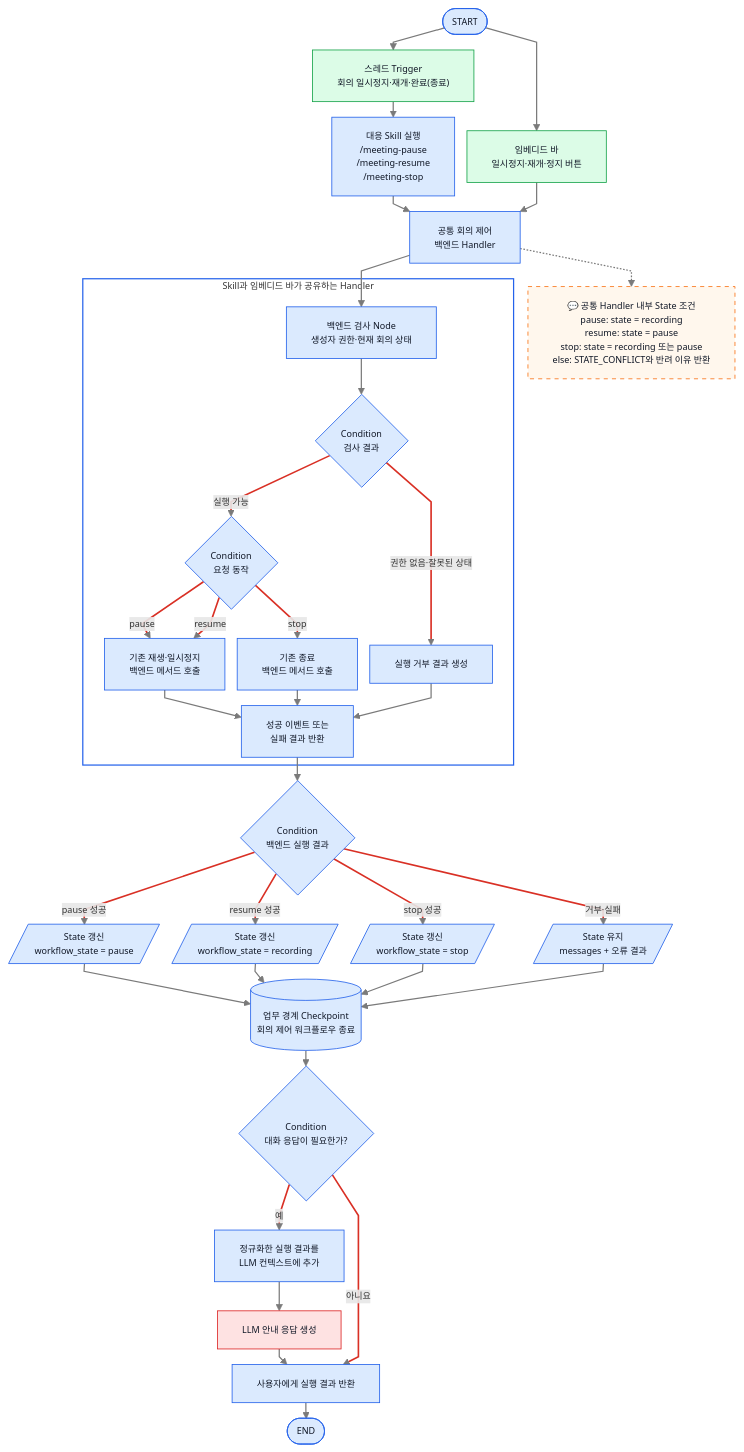
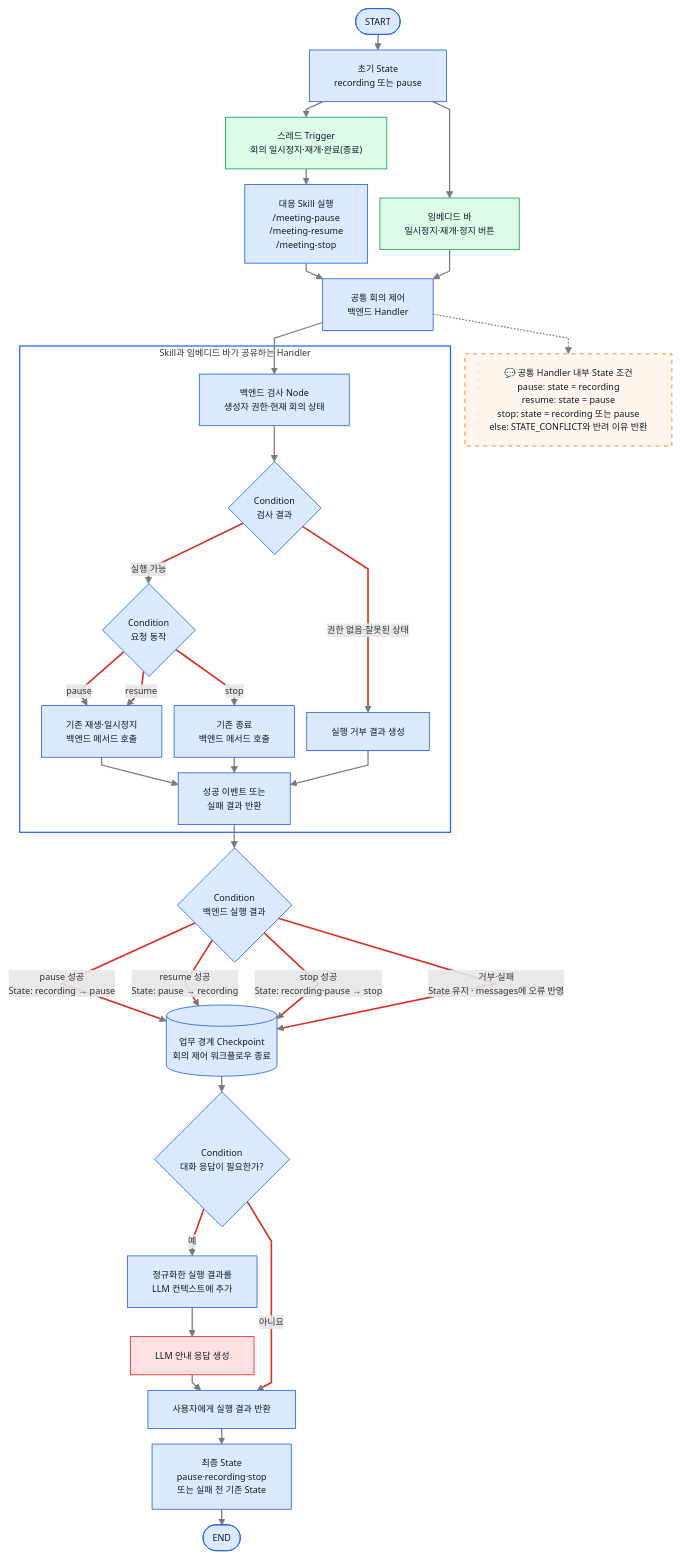
One commit to ericyum/Obsidian changed the sixth of 11 diagrams in ZENAI/에이전트 설계/회의록 에이전트 설계/1. 회의록 에이전트 워크플로우 graph 정의.md. Above: the diagram before and after it, drawn with Mermaid. The commit also changed other lines of this file and 6 other files, not shown here.

````diff
--- a/ZENAI/에이전트 설계/회의록 에이전트 설계/1. 회의록 에이전트 워크플로우 graph 정의.md
+++ b/ZENAI/에이전트 설계/회의록 에이전트 설계/1. 회의록 에이전트 워크플로우 graph 정의.md
@@ -201,55 +242,55 @@
 ```mermaid
 %%{init: {"flowchart": {"useMaxWidth": true, "nodeSpacing": 15, "rankSpacing": 19, "curve": "linear"}, "themeVariables": {"fontSize": "11px"}}}%%
 flowchart TB
-    S(["START"]) --> U["스레드 Trigger<br/>회의 일시정지·재개·완료(종료)"]
-    S --> UI["임베디드 바<br/>일시정지·재개·정지 버튼"]
+    S(["START"]) --> IS["초기 State<br/>recording 또는 pause"]
+    IS --> U["스레드 Trigger<br/>회의 일시정지·재개·완료(종료)"]
+    IS --> UI["임베디드 바<br/>일시정지·재개·정지 버튼"]
     U --> SK["대응 Skill 실행<br/>/meeting-pause<br/>/meeting-resume<br/>/meeting-stop"]
     SK --> HD["공통 회의 제어<br/>백엔드 Handler"]
     UI --> HD
     subgraph HANDLER["Skill과 임베디드 바가 공유하는 Handler"]
         V["백엔드 검사 Node<br/>생성자 권한·현재 회의 상태"]
         VC{"Condition<br/>검사 결과"}
         AC{"Condition<br/>요청 동작"}
         PM["기존 재생·일시정지<br/>백엔드 메서드 호출"]
         EM["기존 종료<br/>백엔드 메서드 호출"]
         DN["실행 거부 결과 생성"]
         EV["성공 이벤트 또는<br/>실패 결과 반환"]
     end
     HD --> V
     V --> VC
     VC -->|"실행 가능"| AC
     VC -->|"권한 없음·잘못된 상태"| DN
     AC -->|"pause"| PM
     AC -->|"resume"| PM
     AC -->|"stop"| EM
     PM --> EV
     EM --> EV
     DN --> EV
     EV --> RC{"Condition<br/>백엔드 실행 결과"}
-    RC -->|"pause 성공"| SP[/"State 갱신<br/>workflow_state = pause"/]
-    RC -->|"resume 성공"| SR[/"State 갱신<br/>workflow_state = recording"/]
-    RC -->|"stop 성공"| SE[/"State 갱신<br/>workflow_state = stop"/]
-    RC -->|"거부·실패"| KEEP[/"State 유지<br/>messages + 오류 결과"/]
-    SP --> CP[("업무 경계 Checkpoint<br/>회의 제어 워크플로우 종료")]
-    SR --> CP
-    SE --> CP
-    KEEP --> CP
+    RC -->|"pause 성공<br/>State: recording → pause"| CP[("업무 경계 Checkpoint<br/>회의 제어 워크플로우 종료")]
+    RC -->|"resume 성공<br/>State: pause → recording"| CP
+    RC -->|"stop 성공<br/>State: recording·pause → stop"| CP
+    RC -->|"거부·실패<br/>State 유지 · messages에 오류 반영"| CP
     CP --> NR{"Condition<br/>대화 응답이 필요한가?"}
     NR -->|"예"| CX["정규화한 실행 결과를<br/>LLM 컨텍스트에 추가"]
     CX --> L["LLM 안내 응답 생성"]
     L --> R["사용자에게 실행 결과 반환"]
     NR -->|"아니요"| R
-    R --> E(["END"])
+    R --> FS["최종 State<br/>pause·recording·stop<br/>또는 실패 전 기존 State"]
+    FS --> E(["END"])
     HD -.-> N2["💬 공통 Handler 내부 State 조건<br/>pause: state = recording<br/>resume: state = pause<br/>stop: state = recording 또는 pause<br/>else: STATE_CONFLICT와 반려 이유 반환"]
     classDef user fill:#dcfce7,stroke:#16a34a,color:#111827;
     classDef internal fill:#dbeafe,stroke:#2563eb,color:#111827;
     classDef llm fill:#fee2e2,stroke:#dc2626,color:#111827;
+    classDef state fill:#dbeafe,stroke:#2563eb,color:#111827;
     classDef note fill:#fff7ed,stroke:#f97316,color:#111827,stroke-dasharray: 5 5;
     class U,UI user;
     class L llm;
+    class IS,FS state;
     class N2 note;
-    class S,SK,HD,V,VC,AC,PM,EM,DN,EV,RC,SP,SR,SE,KEEP,CP,NR,CX,R,E internal;
+    class S,SK,HD,V,VC,AC,PM,EM,DN,EV,RC,CP,NR,CX,R,E internal;
     style HANDLER fill:transparent,stroke:#2563eb,stroke-width:1.5px;
     linkStyle default stroke:#7a7a7a,stroke-width:1.5px;
-    linkStyle 7,8,9,10,11,16,17,18,19,25,28 stroke:#d93025,stroke-width:2px;
+    linkStyle 8,9,10,11,12,17,18,19,20,22,25 stroke:#d93025,stroke-width:2px;
 ```
````
